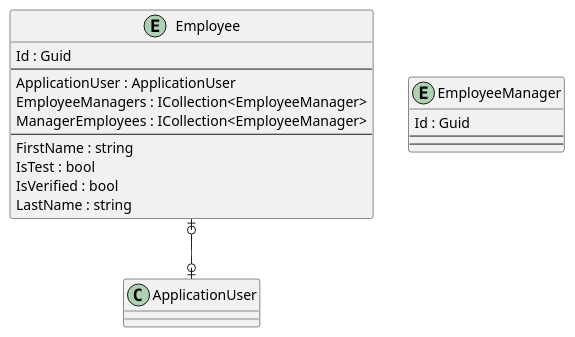
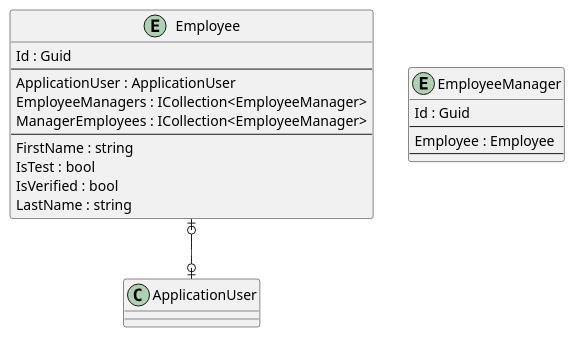
One commit to intrepion/intrepion_employee-managers_csharp changed the diagram in .docs/Intrepion.EmployeeManagers.pu. Above: the diagram before and after it, drawn with PlantUML.

```diff
--- a/.docs/Intrepion.EmployeeManagers.pu
+++ b/.docs/Intrepion.EmployeeManagers.pu
@@ -1,31 +1,32 @@
 @startuml
 
 entity Employee {
     Id : Guid
     --
     ApplicationUser : ApplicationUser
     EmployeeManagers : ICollection<EmployeeManager>
     ManagerEmployees : ICollection<EmployeeManager>
     ' EmployeeKeyCodePlaceholder
     --
     FirstName : string
     IsTest : bool
     IsVerified : bool
     LastName : string
     ' EmployeePropertyCodePlaceholder
 }
 
 entity EmployeeManager {
     Id : Guid
     --
+    Employee : Employee
     ' EmployeeManagerKeyCodePlaceholder
     --
     ' EmployeeManagerPropertyCodePlaceholder
 }
 
 ' EntityCodePlaceholder
 
 Employee |o--o| ApplicationUser
 ' RelationshipCodePlaceholder
 
 @enduml
```
